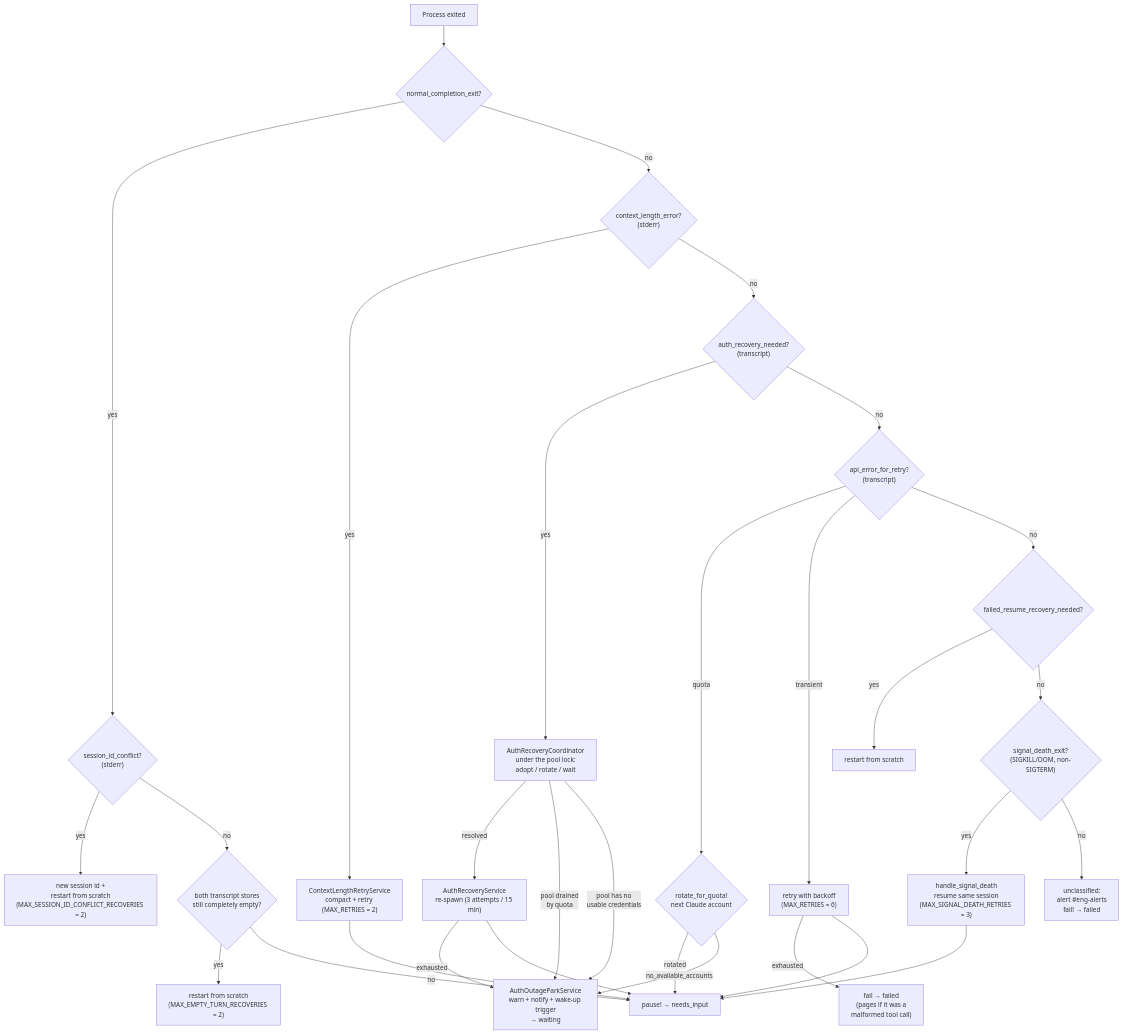
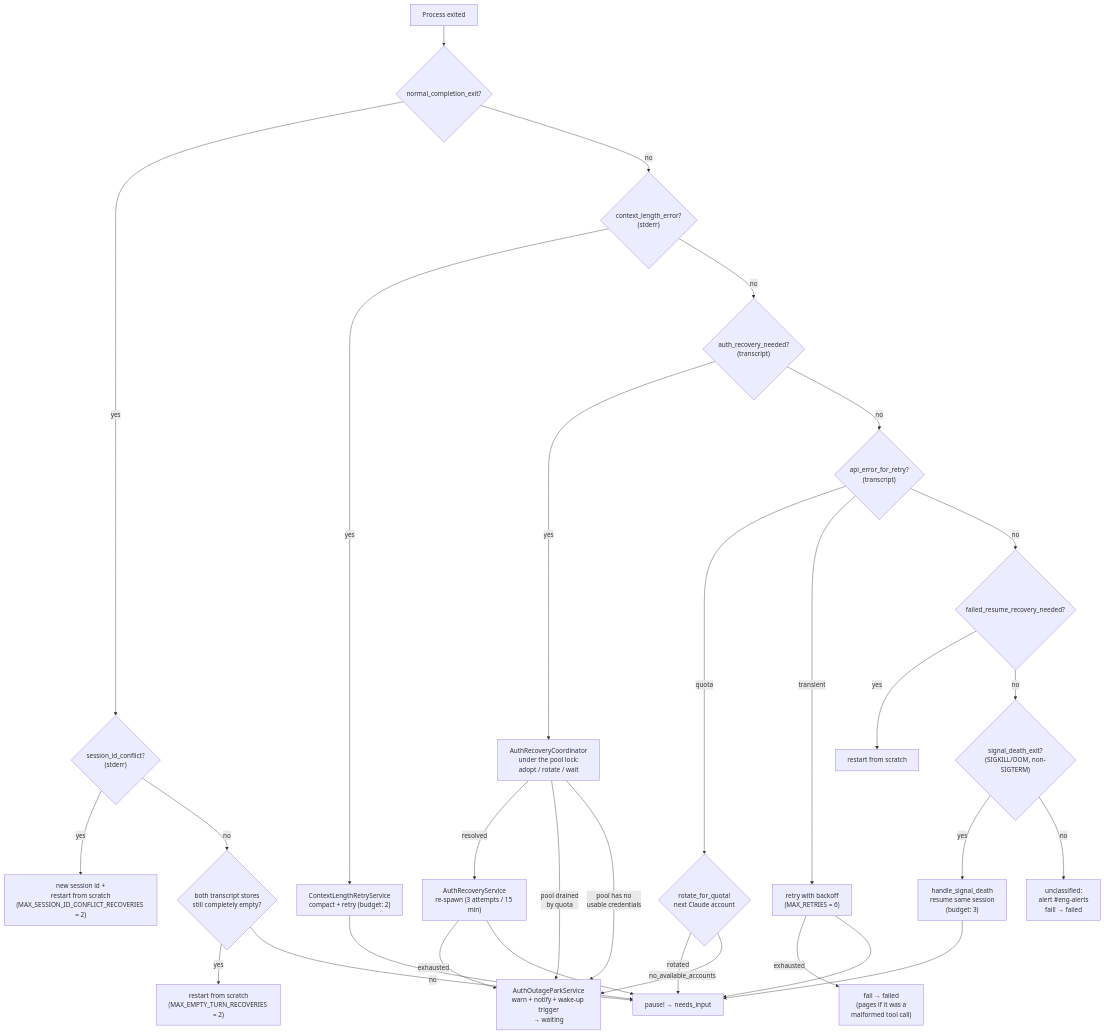
Before and after one commit to tadasant/zimmer: the diagram in docs/src/content/docs/sessions/spawning.md, drawn with Mermaid. The commit also changed other lines of this file and 4 other files, not shown here.

````diff
--- a/docs/src/content/docs/sessions/spawning.md
+++ b/docs/src/content/docs/sessions/spawning.md
@@ -341,32 +341,32 @@
 ```mermaid
 flowchart TD
     E["Process exited"] --> N{"normal_completion_exit?"}
     N -->|yes| SI{"session_id_conflict?<br/>(stderr)"}
     SI -->|yes| SIR["new session id +<br/>restart from scratch<br/>(MAX_SESSION_ID_CONFLICT_RECOVERIES = 2)"]
     SI -->|no| ET{"both transcript stores<br/>still completely empty?"}
     ET -->|yes| ETR["restart from scratch<br/>(MAX_EMPTY_TURN_RECOVERIES = 2)"]
     ET -->|no| P["pause! → needs_input"]
     N -->|no| C{"context_length_error?<br/>(stderr)"}
-    C -->|yes| CR["ContextLengthRetryService<br/>compact + retry (MAX_RETRIES = 2)"]
+    C -->|yes| CR["ContextLengthRetryService<br/>compact + retry (budget: 2)"]
     C -->|no| A{"auth_recovery_needed?<br/>(transcript)"}
     A -->|yes| AC["AuthRecoveryCoordinator<br/>under the pool lock:<br/>adopt / rotate / wait"]
     AC -->|resolved| AR["AuthRecoveryService<br/>re-spawn (3 attempts / 15 min)"]
     AC -->|"pool drained<br/>by quota"| PARK["AuthOutageParkService<br/>warn + notify + wake-up trigger<br/>→ waiting"]
     AC -->|"pool has no<br/>usable credentials"| PARK
     AR -->|exhausted| PARK
     A -->|no| Q{"api_error_for_retry?<br/>(transcript)"}
     Q -->|quota| RO{"rotate_for_quota!<br/>next Claude account"}
     RO -->|rotated| P
     RO -->|no_available_accounts| PARK
     Q -->|transient| RT["retry with backoff<br/>(MAX_RETRIES = 6)"]
     RT -->|exhausted| RTF["fail → failed<br/>(pages if it was a<br/>malformed tool call)"]
     Q -->|no| F{"failed_resume_recovery_needed?"}
     F -->|yes| FR["restart from scratch"]
     F -->|no| SD{"signal_death_exit?<br/>(SIGKILL/OOM, non-SIGTERM)"}
-    SD -->|yes| SDR["handle_signal_death<br/>resume same session<br/>(MAX_SIGNAL_DEATH_RETRIES = 3)"]
+    SD -->|yes| SDR["handle_signal_death<br/>resume same session<br/>(budget: 3)"]
     SD -->|no| FAIL["unclassified:<br/>alert #eng-alerts<br/>fail! → failed"]
     CR --> P
     AR --> P
     RT --> P
     SDR --> P
 ```
````
